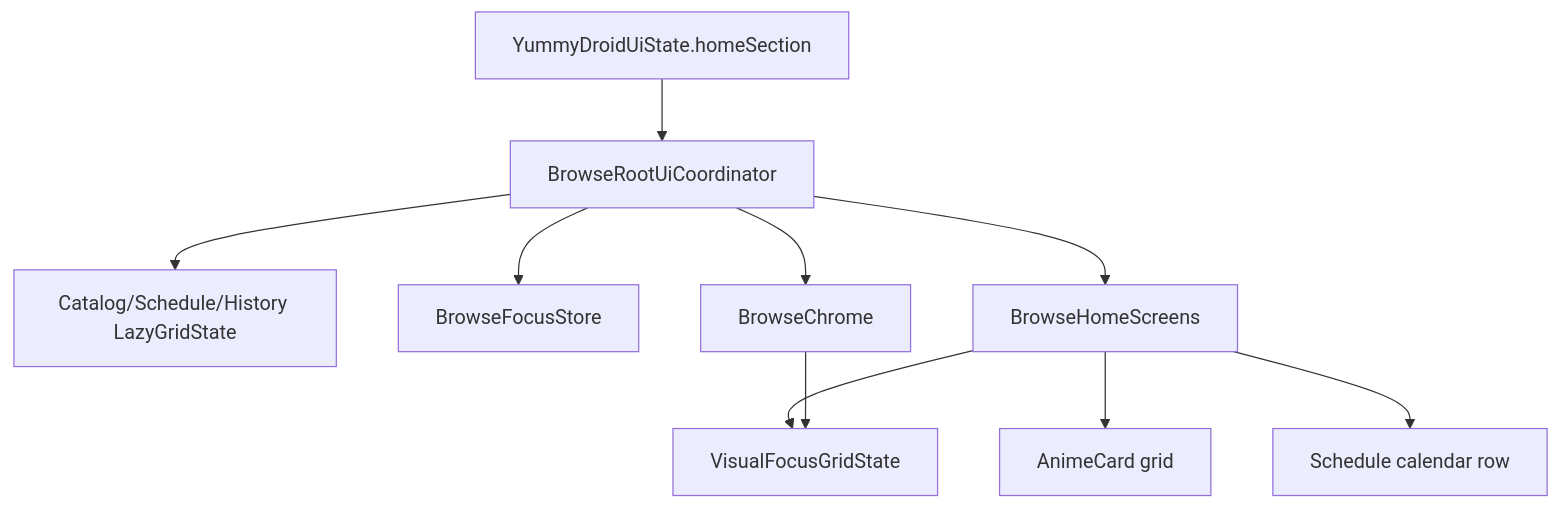
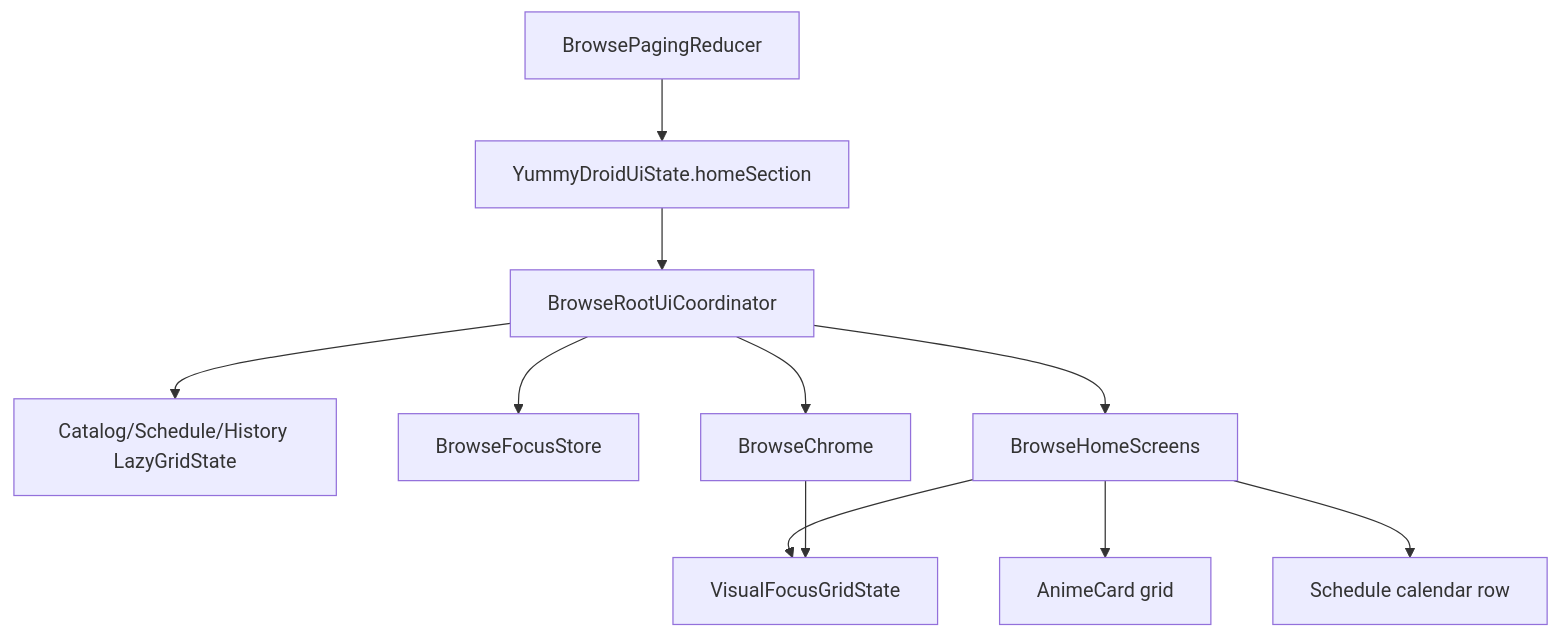
One commit to saltek1995/YummyDroid changed the fifth of 11 diagrams in docs/refactor-logic-map.md. Above: the diagram before and after it, drawn with Mermaid. The commit also changed other lines of this file and 3 other files, not shown here.

Commit message:
Centralize browse paging state

````diff
--- a/docs/refactor-logic-map.md
+++ b/docs/refactor-logic-map.md
@@ -194,22 +194,24 @@
 ```mermaid
 flowchart TD
     StateSection[YummyDroidUiState.homeSection]
     Coordinator[BrowseRootUiCoordinator]
     GridStates[Catalog/Schedule/History LazyGridState]
     FocusStore[BrowseFocusStore]
     TopChrome[BrowseChrome]
     HomeScreens[BrowseHomeScreens]
     Cards[AnimeCard grid]
     Calendar[Schedule calendar row]
     Nav[VisualFocusGridState]
+    PagingReducer[BrowsePagingReducer]
 
     StateSection --> Coordinator
+    PagingReducer --> StateSection
     Coordinator --> GridStates
     Coordinator --> FocusStore
     Coordinator --> TopChrome
     Coordinator --> HomeScreens
     HomeScreens --> Cards
     HomeScreens --> Calendar
     HomeScreens --> Nav
     TopChrome --> Nav
 ```
````
